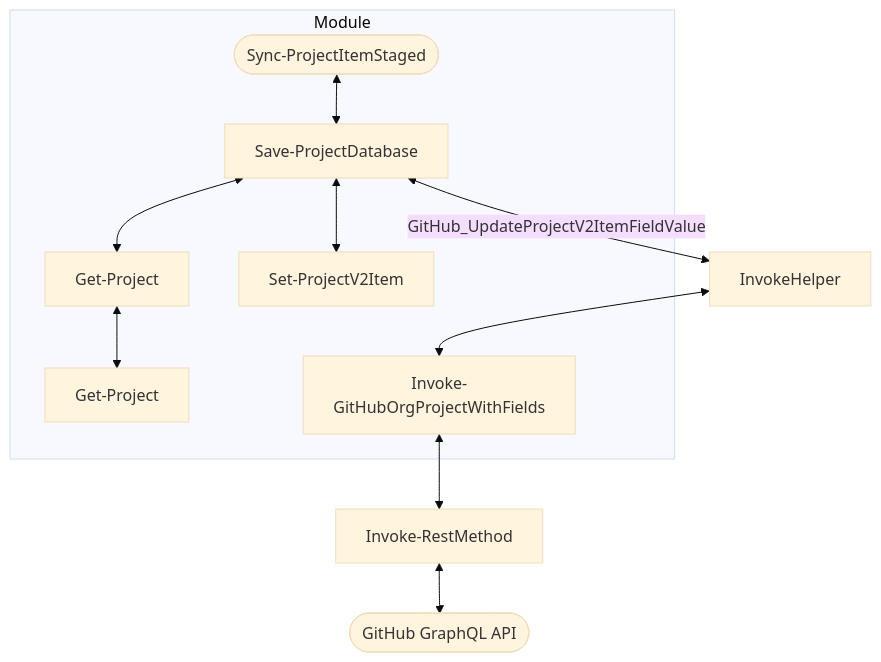
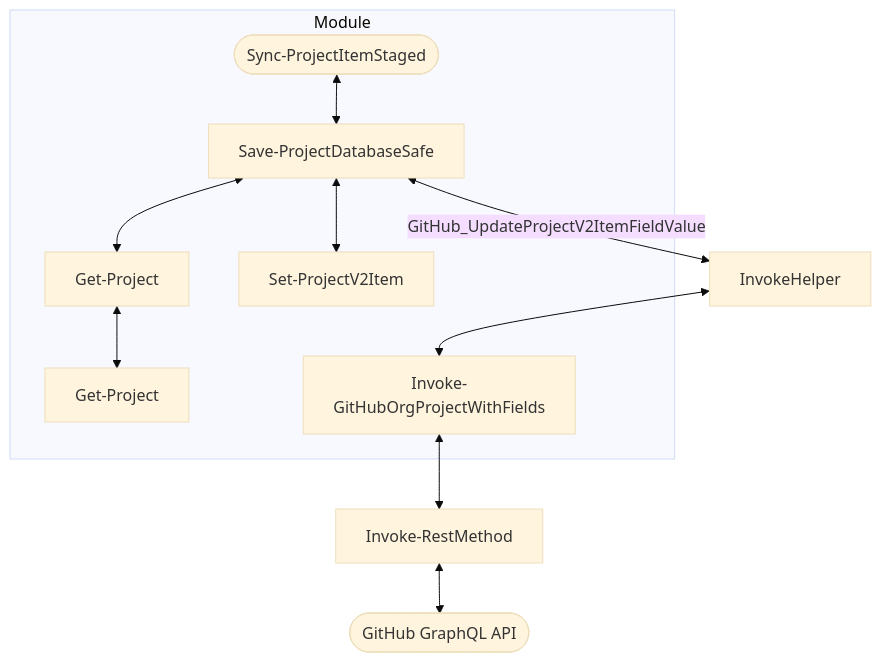
Before and after one commit to rulasg/ProjectHelper: the first of 2 diagrams in Notes.md, drawn with Mermaid (base theme). The commit also changed other lines of this file and 6 other files, not shown here.

Commit message:
refactor(ProjectDatabase): rename Save-ProjectDatabase to Save-ProjectDatabaseSafe for clarity and safety

````diff
--- a/Notes.md
+++ b/Notes.md
@@ -7,31 +7,31 @@
 ```mermaid
 graph TD;
 
     
 
     subgraph Module
         0([Sync-ProjectItemStaged])
-        1[Save-ProjectDatabase]
+        1[Save-ProjectDatabaseSafe]
         2[Get-Project]
         3[Get-Project]
         4[Set-ProjectV2Item]
         0<-->1
         1<-->2
         2<-->3
         1<-->4
 
 
         G[Invoke-GitHubOrgProjectWithFields]
     end
     1 <-- GitHub_UpdateProjectV2ItemFieldValue --> E
 
     E[InvokeHelper]
     I([GitHub GraphQL API])
     H[Invoke-RestMethod]
     G <--> H
     E <--> G
     H <--> I
 
 
     
 ```
````
